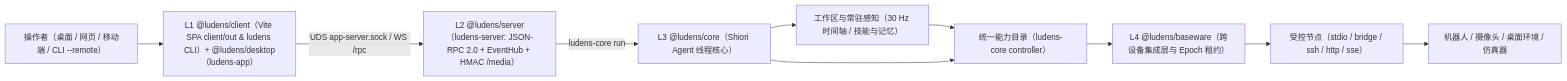
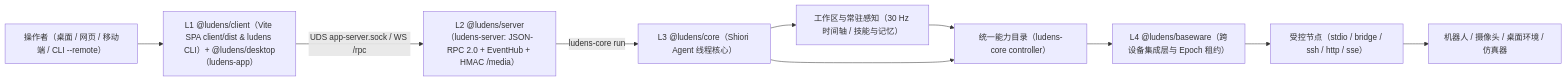
One commit to Arkevo-Lab/Ludens changed the diagram in docs/zh/concepts/overview.md. Above: the diagram before and after it, drawn with Mermaid. The commit also changed other lines of this file and 12 other files, not shown here.

Commit message:
docs: sync bilingual docs and plan for dev/prod script architecture

````diff
--- a/docs/zh/concepts/overview.md
+++ b/docs/zh/concepts/overview.md
@@ -19,12 +19,12 @@
 ```mermaid
 flowchart LR
-    U["操作者（桌面 / 网页 / 移动端 / CLI --remote）"] --> Con["L1 @ludens/client（Vite SPA client/out & ludens CLI）+ @ludens/desktop（ludens-app）"]
+    U["操作者（桌面 / 网页 / 移动端 / CLI --remote）"] --> Con["L1 @ludens/client（Vite SPA client/dist & ludens CLI）+ @ludens/desktop（ludens-app）"]
     Con -->|"UDS app-server.sock / WS /rpc"| Srv["L2 @ludens/server（ludens-server: JSON-RPC 2.0 + EventHub + HMAC /media）"]
     Srv -->|"ludens-core run"| Sh["L3 @ludens/core（Shiori Agent 线程核心）"]
     Sh --> Ws["工作区与常驻感知（30 Hz 时间轴 / 技能与记忆）"]
     Ws --> Cat["统一能力目录（ludens-core controller）"]
     Sh --> Cat
     Cat --> Bw["L4 @ludens/baseware（跨设备集成层与 Epoch 租约）"]
     Bw --> Nodes["受控节点（stdio / bridge / ssh / http / sse）"]
     Nodes --> Targets["机器人 / 摄像头 / 桌面环境 / 仿真器"]
 ```
````
